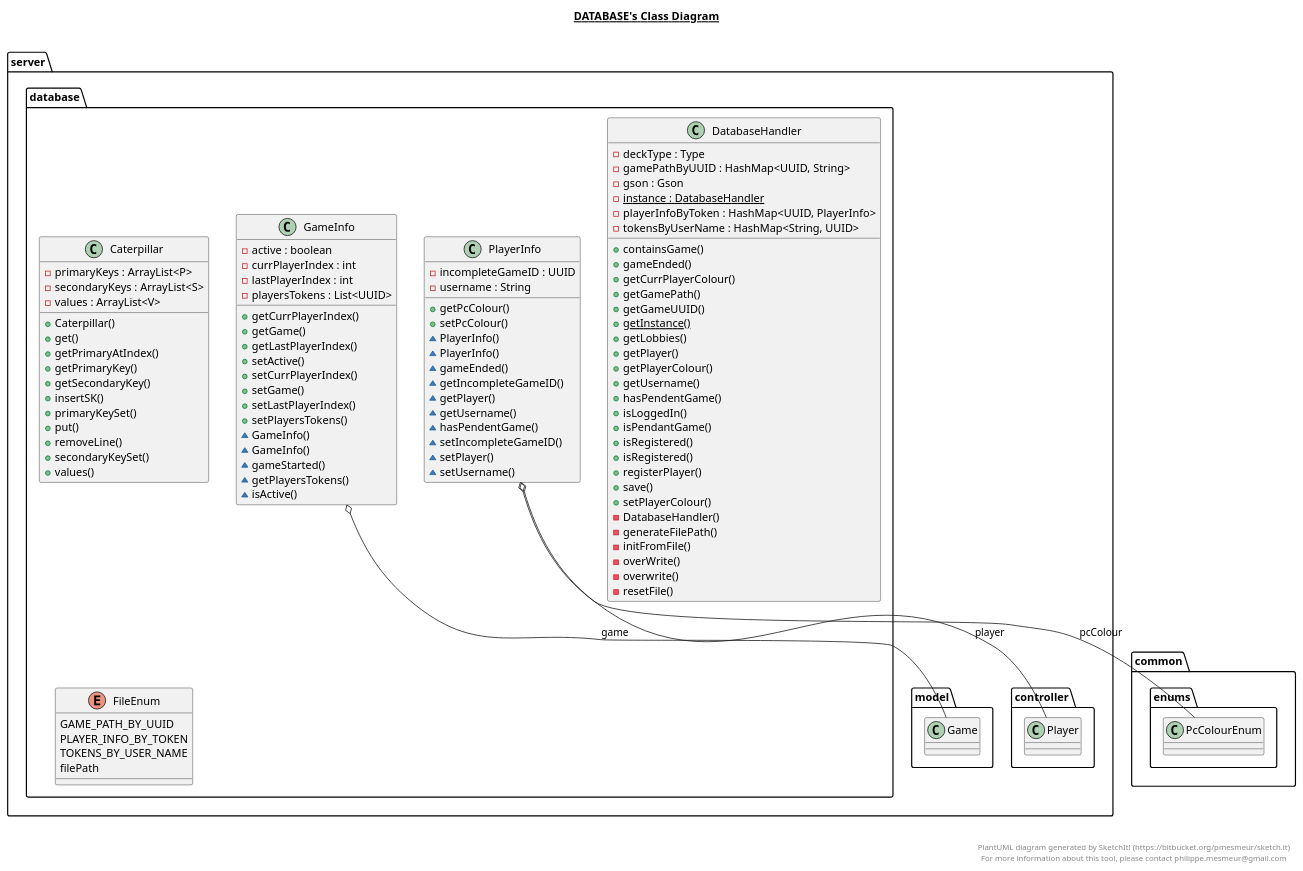
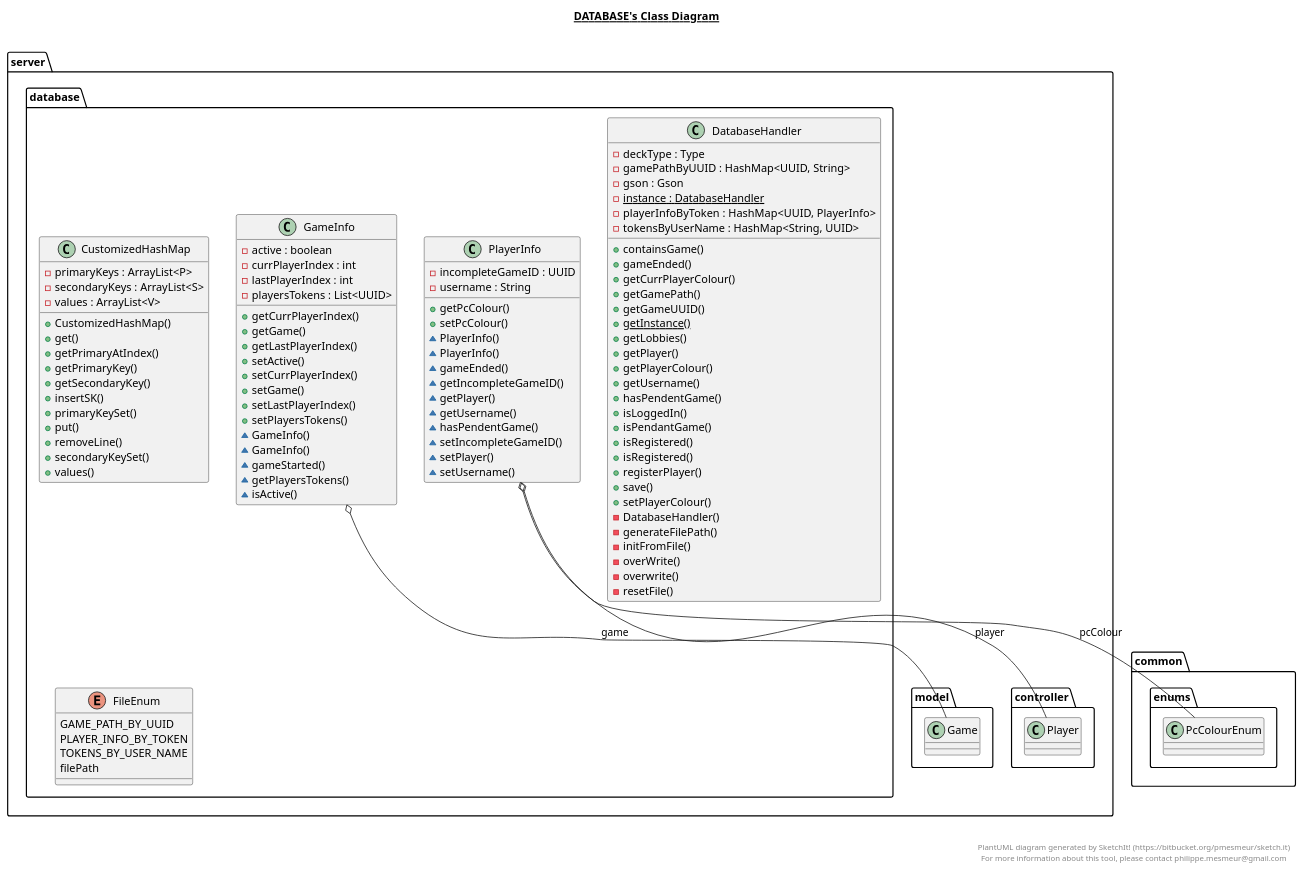
One commit to oraziorillo/Adrenaline changed the diagram in server/src/main/java/server/database/database.plantuml. Above: the diagram before and after it, drawn with PlantUML. The commit also changed 33 other files, not shown here.

```diff
--- a/server/src/main/java/server/database/database.plantuml
+++ b/server/src/main/java/server/database/database.plantuml
@@ -1,136 +1,136 @@
 @startuml
 
 title __DATABASE's Class Diagram__\n
 
   namespace server {
     namespace database {
-      class server.database.Caterpillar {
+      class server.database.CustomizedHashMap {
           - primaryKeys : ArrayList<P>
           - secondaryKeys : ArrayList<S>
           - values : ArrayList<V>
-          + Caterpillar()
+          + CustomizedHashMap()
           + get()
           + getPrimaryAtIndex()
           + getPrimaryKey()
           + getSecondaryKey()
           + insertSK()
           + primaryKeySet()
           + put()
           + removeLine()
           + secondaryKeySet()
           + values()
       }
     }
   }
   
 
   namespace server {
     namespace database {
       class server.database.DatabaseHandler {
           - deckType : Type
           - gamePathByUUID : HashMap<UUID, String>
           - gson : Gson
           {static} - instance : DatabaseHandler
           - playerInfoByToken : HashMap<UUID, PlayerInfo>
           - tokensByUserName : HashMap<String, UUID>
           + containsGame()
           + gameEnded()
           + getCurrPlayerColour()
           + getGamePath()
           + getGameUUID()
           {static} + getInstance()
           + getLobbies()
           + getPlayer()
           + getPlayerColour()
           + getUsername()
           + hasPendentGame()
           + isLoggedIn()
           + isPendantGame()
           + isRegistered()
           + isRegistered()
           + registerPlayer()
           + save()
           + setPlayerColour()
           - DatabaseHandler()
           - generateFilePath()
           - initFromFile()
           - overWrite()
           - overwrite()
           - resetFile()
       }
     }
   }
   
 
   namespace server {
     namespace database {
       enum FileEnum {
         GAME_PATH_BY_UUID
         PLAYER_INFO_BY_TOKEN
         TOKENS_BY_USER_NAME
         filePath
       }
     }
   }
   
 
   namespace server {
     namespace database {
       class server.database.GameInfo {
           - active : boolean
           - currPlayerIndex : int
           - lastPlayerIndex : int
           - playersTokens : List<UUID>
           + getCurrPlayerIndex()
           + getGame()
           + getLastPlayerIndex()
           + setActive()
           + setCurrPlayerIndex()
           + setGame()
           + setLastPlayerIndex()
           + setPlayersTokens()
           ~ GameInfo()
           ~ GameInfo()
           ~ gameStarted()
           ~ getPlayersTokens()
           ~ isActive()
       }
     }
   }
   
 
   namespace server {
     namespace database {
       class server.database.PlayerInfo {
           - incompleteGameID : UUID
           - username : String
           + getPcColour()
           + setPcColour()
           ~ PlayerInfo()
           ~ PlayerInfo()
           ~ gameEnded()
           ~ getIncompleteGameID()
           ~ getPlayer()
           ~ getUsername()
           ~ hasPendentGame()
           ~ setIncompleteGameID()
           ~ setPlayer()
           ~ setUsername()
       }
     }
   }
   
 
   server.database.GameInfo o-- server.model.Game : game
   server.database.PlayerInfo o-- common.enums.PcColourEnum : pcColour
   server.database.PlayerInfo o-- server.controller.Player : player
 
 
 right footer
 
 
 PlantUML diagram generated by SketchIt! (https://bitbucket.org/pmesmeur/sketch.it)
 For more information about this tool, please contact philippe.mesmeur@gmail.com
 endfooter
 
 @enduml
```
